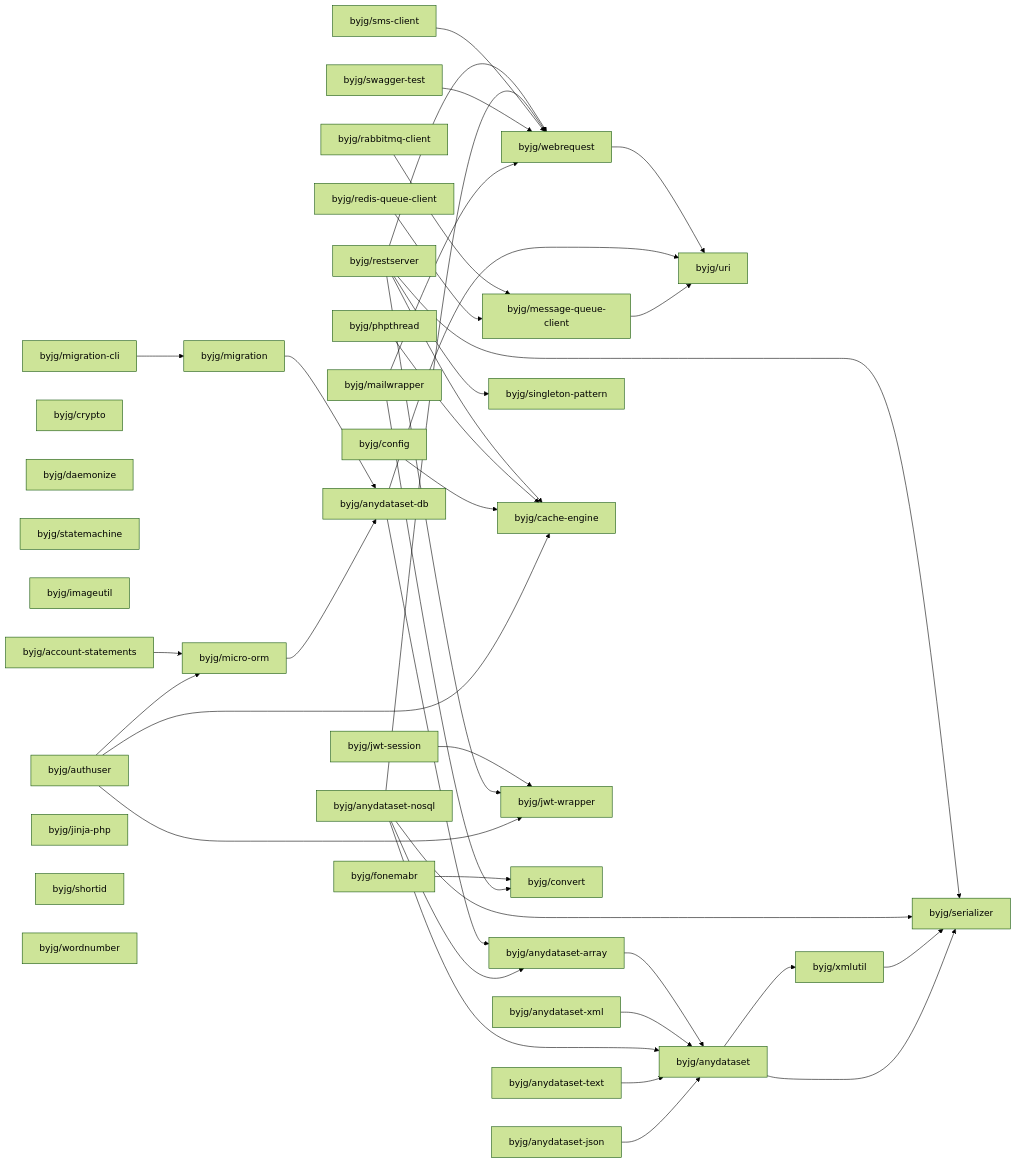
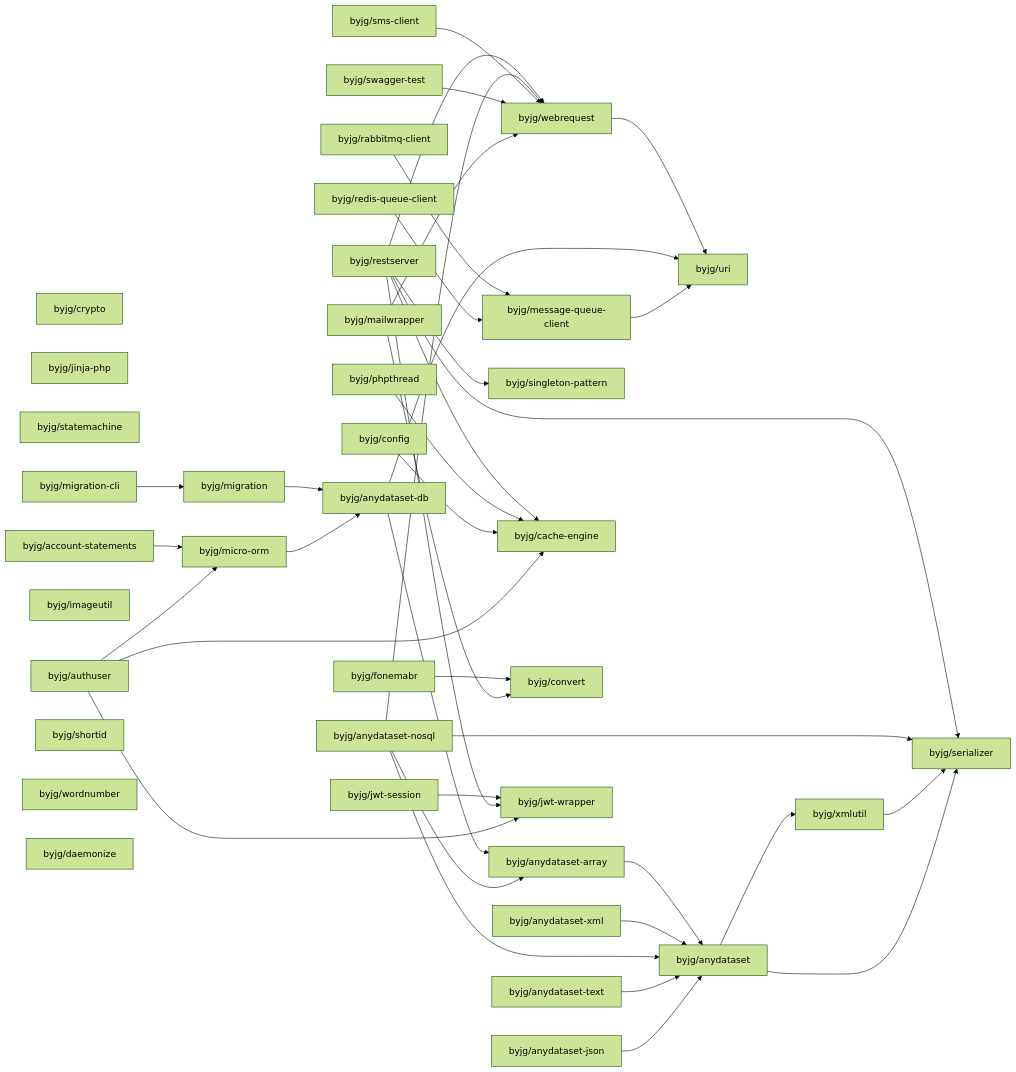
The diagram in docs/php/README.md (byjg/byjg.github.io), drawn with Mermaid (forest theme) before and after one commit. The commit also changed other lines of this file and 1 other file, not shown here.

Commit message:
Update documentation 'php' 'php-anydataset-text'

````diff
--- a/docs/php/README.md
+++ b/docs/php/README.md
@@ -3,78 +3,78 @@
 ```mermaid
 graph LR;
+  byjg/crypto;
+  byjg/anydataset-nosql;
+  byjg/sms-client;
+  byjg/jinja-php;
+  byjg/fonemabr;
+  byjg/redis-queue-client;
+  byjg/restserver;
+  byjg/anydataset-json;
+  byjg/anydataset-xml;
+  byjg/statemachine;
+  byjg/migration-cli;
   byjg/rabbitmq-client;
-  byjg/anydataset-text;
-  byjg/jwt-session;
-  byjg/fonemabr;
-  byjg/authuser;
   byjg/phpthread;
-  byjg/crypto;
-  byjg/daemonize;
-  byjg/config;
-  byjg/statemachine;
+  byjg/account-statements;
   byjg/swagger-test;
   byjg/imageutil;
-  byjg/redis-queue-client;
-  byjg/anydataset-nosql;
-  byjg/account-statements;
-  byjg/migration-cli;
-  byjg/restserver;
-  byjg/jinja-php;
-  byjg/anydataset-xml;
-  byjg/mailwrapper;
-  byjg/anydataset-json;
+  byjg/authuser;
+  byjg/config;
   byjg/shortid;
   byjg/wordnumber;
-  byjg/sms-client;
+  byjg/anydataset-text;
+  byjg/mailwrapper;
+  byjg/daemonize;
+  byjg/jwt-session;
+  byjg/singleton-pattern;
+  byjg/migration;
   byjg/message-queue-client;
   byjg/micro-orm;
-  byjg/migration;
-  byjg/singleton-pattern;
   byjg/cache-engine;
-  byjg/jwt-wrapper;
   byjg/convert;
   byjg/webrequest;
+  byjg/jwt-wrapper;
   byjg/anydataset-db;
   byjg/anydataset-array;
   byjg/uri;
   byjg/anydataset;
   byjg/xmlutil;
   byjg/serializer;
   byjg/account-statements --> byjg/micro-orm;
   byjg/fonemabr --> byjg/convert;
   byjg/webrequest --> byjg/uri;
   byjg/anydataset-array --> byjg/anydataset;
   byjg/anydataset-xml --> byjg/anydataset;
   byjg/rabbitmq-client --> byjg/message-queue-client;
   byjg/redis-queue-client --> byjg/message-queue-client;
   byjg/jwt-session --> byjg/jwt-wrapper;
   byjg/anydataset-db --> byjg/anydataset-array;
   byjg/anydataset-db --> byjg/uri;
   byjg/restserver --> byjg/serializer;
   byjg/restserver --> byjg/singleton-pattern;
   byjg/restserver --> byjg/cache-engine;
   byjg/restserver --> byjg/webrequest;
   byjg/restserver --> byjg/jwt-wrapper;
   byjg/migration --> byjg/anydataset-db;
   byjg/anydataset-nosql --> byjg/anydataset;
   byjg/anydataset-nosql --> byjg/anydataset-array;
   byjg/anydataset-nosql --> byjg/serializer;
   byjg/anydataset-nosql --> byjg/webrequest;
   byjg/phpthread --> byjg/cache-engine;
   byjg/sms-client --> byjg/webrequest;
   byjg/swagger-test --> byjg/webrequest;
   byjg/migration-cli --> byjg/migration;
   byjg/config --> byjg/cache-engine;
   byjg/anydataset-text --> byjg/anydataset;
   byjg/micro-orm --> byjg/anydataset-db;
   byjg/authuser --> byjg/micro-orm;
   byjg/authuser --> byjg/cache-engine;
   byjg/authuser --> byjg/jwt-wrapper;
   byjg/anydataset-json --> byjg/anydataset;
   byjg/mailwrapper --> byjg/convert;
   byjg/mailwrapper --> byjg/webrequest;
   byjg/xmlutil --> byjg/serializer;
   byjg/anydataset --> byjg/serializer;
   byjg/anydataset --> byjg/xmlutil;
   byjg/message-queue-client --> byjg/uri;
 ```
````
